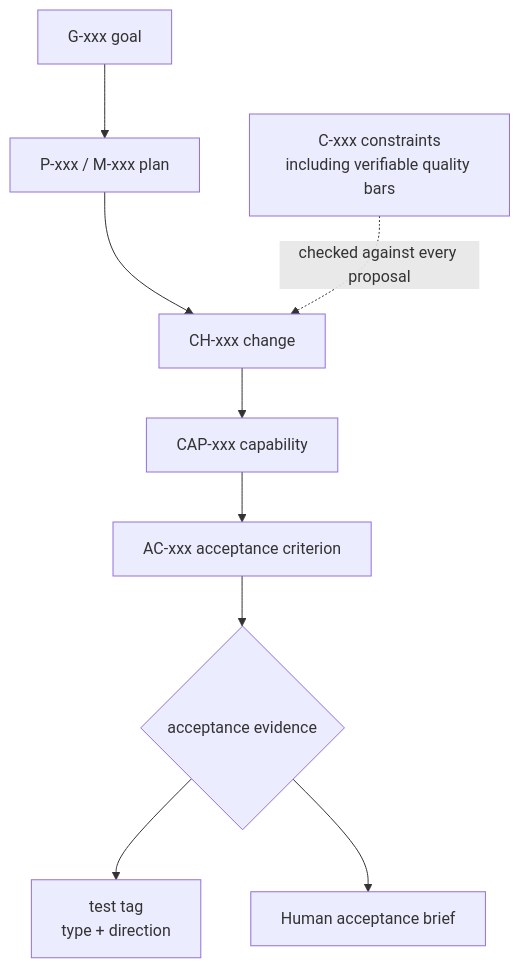
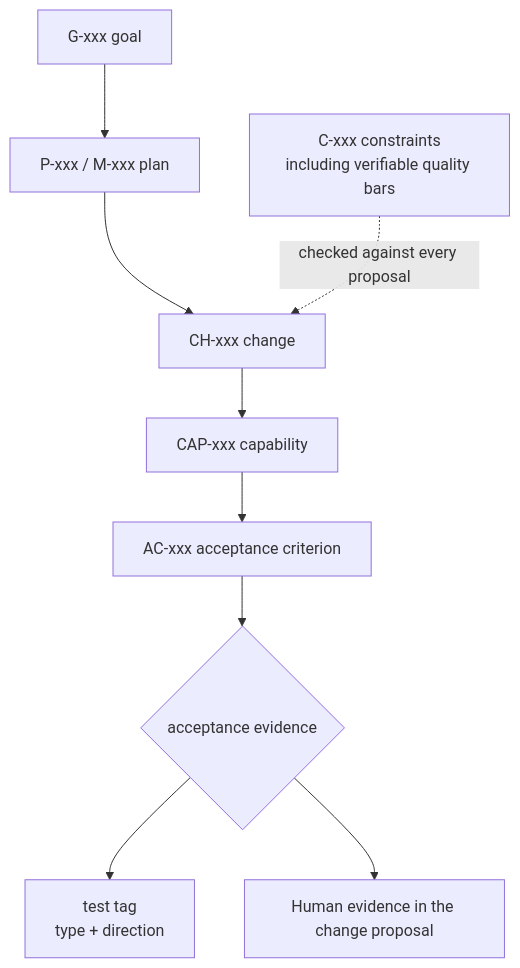
Before and after one commit to cliewen/cliewen: the second of 2 diagrams in docs/architecture/architecture.md, drawn with Mermaid. The commit also changed other lines of this file and 73 other files, not shown here.

````diff
--- a/docs/architecture/architecture.md
+++ b/docs/architecture/architecture.md
@@ -53,11 +53,11 @@
 ```mermaid
 flowchart TD
     G[G-xxx goal] --> P[P-xxx / M-xxx plan]
     P --> CH[CH-xxx change]
     CH --> CAP[CAP-xxx capability]
     CAP --> AC[AC-xxx acceptance criterion]
     AC --> E{acceptance evidence}
     E --> T[test tag<br/>type + direction]
-    E --> H[Human acceptance brief]
+    E --> H[Human evidence in the change proposal]
     C[C-xxx constraints<br/>including verifiable quality bars] -. checked against every proposal .-> CH
 ```
````
